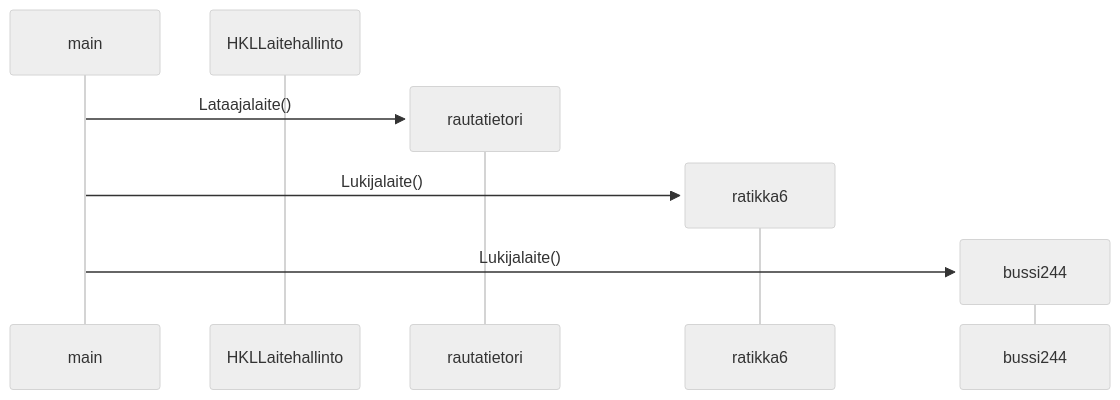
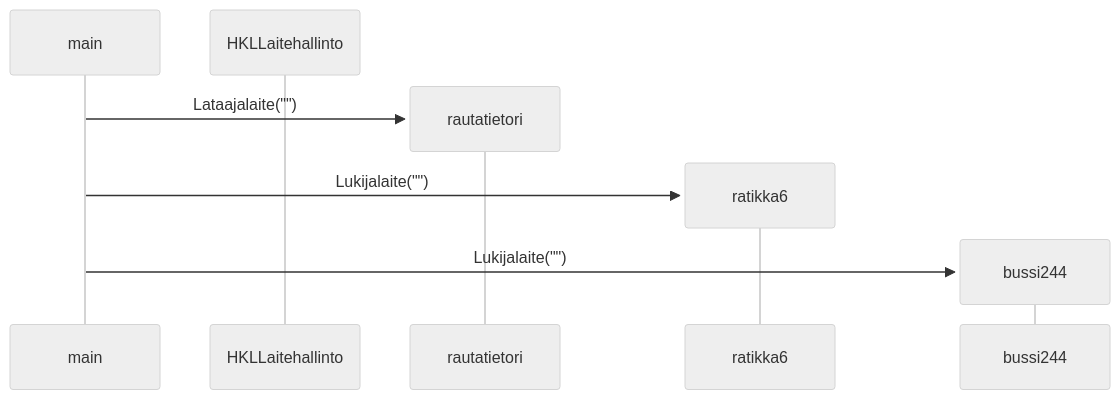
One commit to Nanotiike/ot-harjoitustyo changed the diagram in laskarit/viikko3/hsl-sekvenssikaavio.md. Above: the diagram before and after it, drawn with Mermaid (neutral theme).

````diff
--- a/laskarit/viikko3/hsl-sekvenssikaavio.md
+++ b/laskarit/viikko3/hsl-sekvenssikaavio.md
@@ -3,11 +3,11 @@
 ```mermaid
   sequenceDiagram
     participant main
     participant HKLLaitehallinto
     create participant rautatietori
-    main->>rautatietori: Lataajalaite()
+    main->>rautatietori: Lataajalaite("")
     create participant ratikka6
-    main->>ratikka6: Lukijalaite()
+    main->>ratikka6: Lukijalaite("")
     create participant bussi244
-    main->>bussi244: Lukijalaite() 
+    main->>bussi244: Lukijalaite("") 
 ```
````
